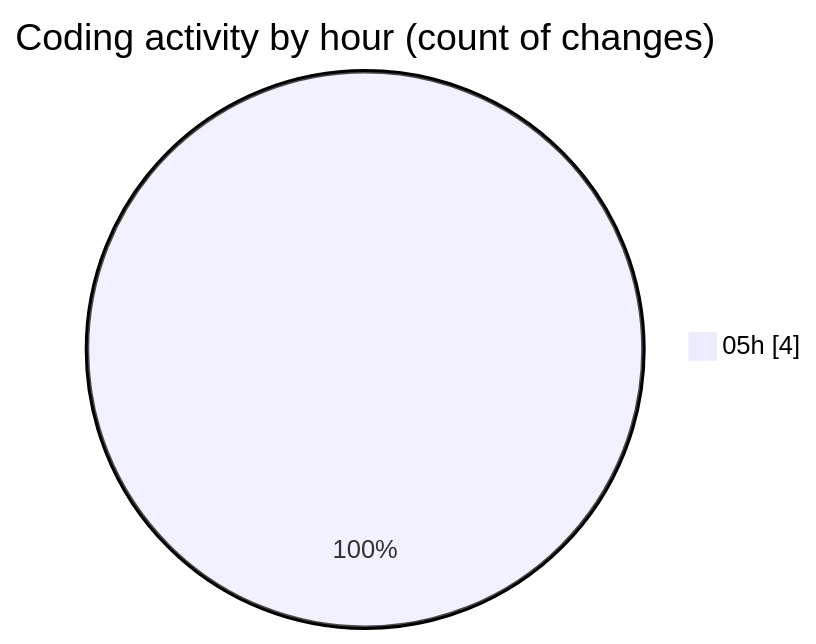
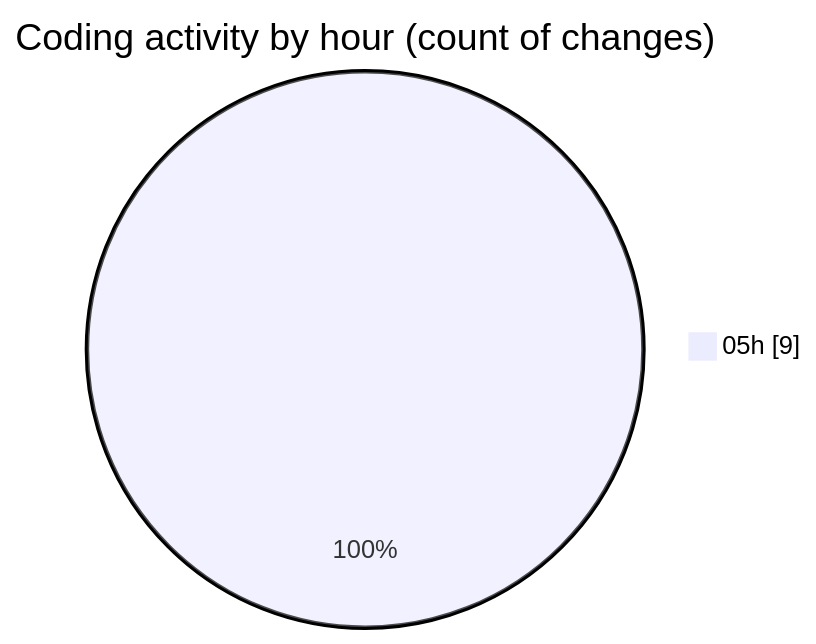
The second of 2 diagrams in 2025-04-03/konstruct/README.md (charlie-sans/code-tracking), drawn with Mermaid before and after one commit. The commit also changed other lines of this file and 1 other file, not shown here.

````diff
--- a/2025-04-03/konstruct/README.md
+++ b/2025-04-03/konstruct/README.md
@@ -32,5 +35,5 @@
 ```mermaid
 pie showData
 title Coding activity by hour (count of changes)
-"05h" : 4
+"05h" : 9
 ```
````
